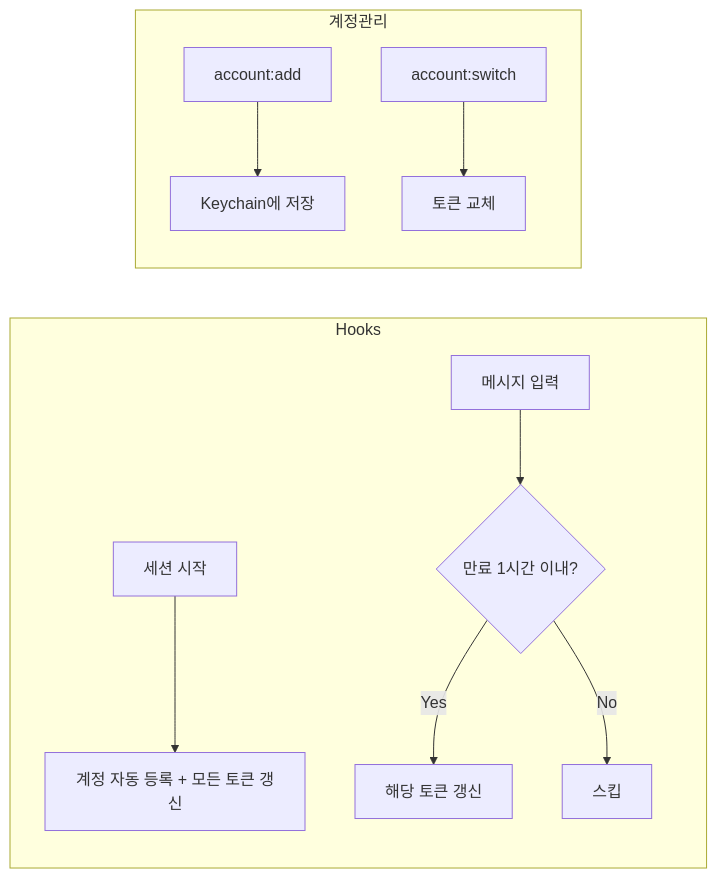
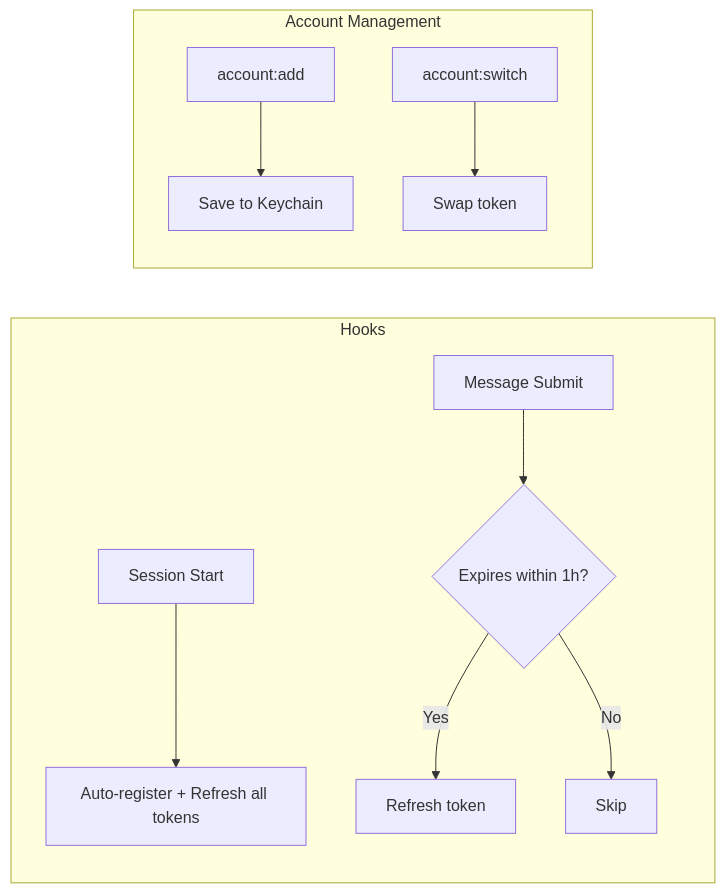
Before and after one commit to lee-ji-hoon/claude-multi-account-manager: the diagram in README.md, drawn with Mermaid. The commit also changed other lines of this file and 15 other files, not shown here.

````diff
--- a/README.md
+++ b/README.md
@@ -65,14 +67,14 @@
 ```mermaid
 flowchart LR
     subgraph Hooks
-        A[세션 시작] --> B[계정 자동 등록 + 모든 토큰 갱신]
-        C[메시지 입력] --> D{만료 1시간 이내?}
-        D -->|Yes| E[해당 토큰 갱신]
-        D -->|No| F[스킵]
+        A[Session Start] --> B[Auto-register + Refresh all tokens]
+        C[Message Submit] --> D{Expires within 1h?}
+        D -->|Yes| E[Refresh token]
+        D -->|No| F[Skip]
     end
 
-    subgraph 계정관리
-        G["account:add"] --> H[Keychain에 저장]
-        I["account:switch"] --> J[토큰 교체]
+    subgraph Account Management
+        G["account:add"] --> H[Save to Keychain]
+        I["account:switch"] --> J[Swap token]
     end
 ```
````
